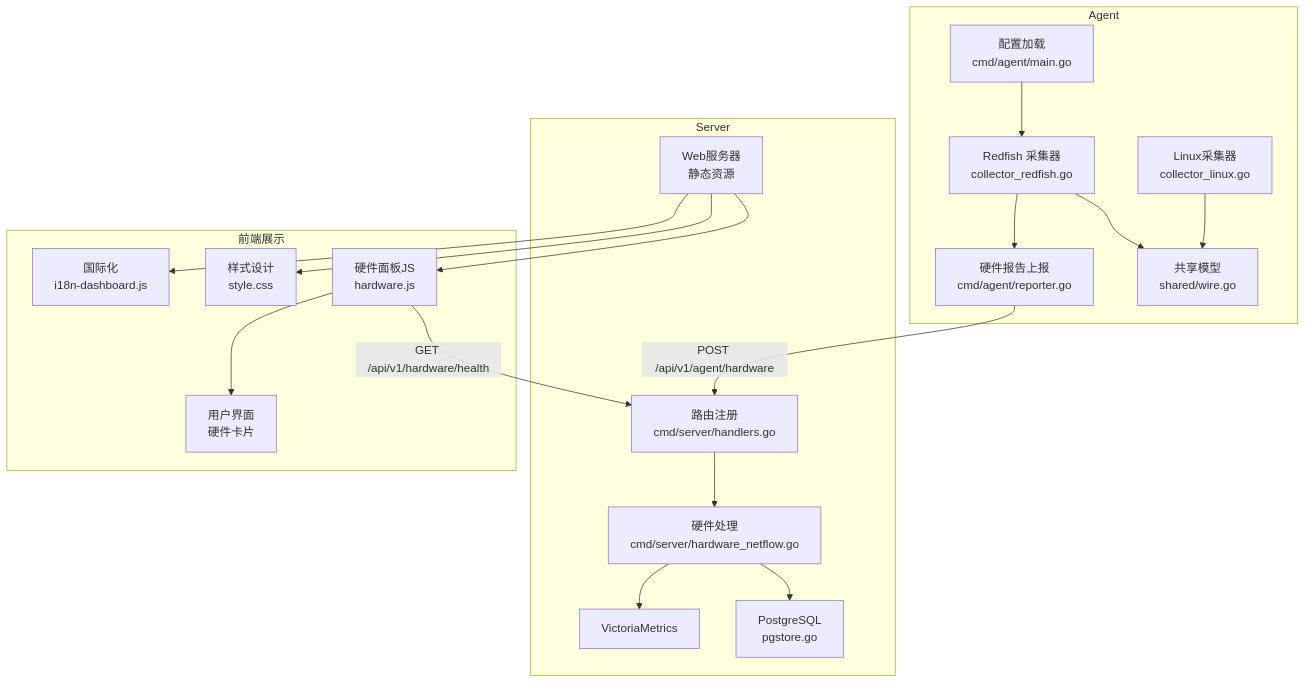
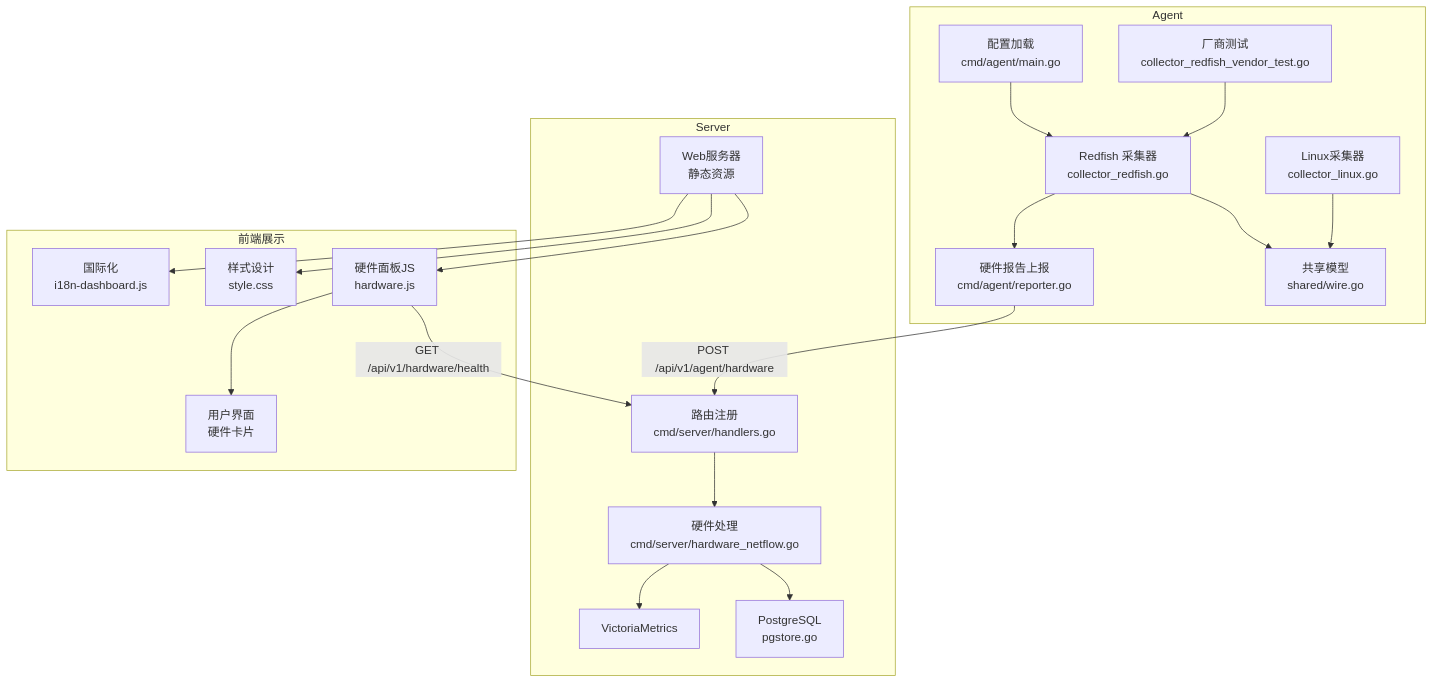
One commit to sreyun/aiops-monitor changed the first of 6 diagrams in .qoder/repowiki/zh/content/架构设计/Agent 客户端架构/Redfish硬件采集器.md. Above: the diagram before and after it, drawn with Mermaid. The commit also changed other lines of this file and 57 other files, not shown here.

First line of the commit message:
feat(v6.8.0): OceanStor存储采集器+硬件资产变更追溯+重复主机清理+Hermes硬件工具+flow_records分区改造

````diff
--- a/.qoder/repowiki/zh/content/架构设计/Agent 客户端架构/Redfish硬件采集器.md
+++ b/.qoder/repowiki/zh/content/架构设计/Agent 客户端架构/Redfish硬件采集器.md
@@ -64,36 +64,38 @@
 ```mermaid
 graph TB
 subgraph "Agent"
 RF["Redfish 采集器<br/>collector_redfish.go"]
 CFG["配置加载<br/>cmd/agent/main.go"]
 SHARED["共享模型<br/>shared/wire.go"]
 REP["硬件报告上报<br/>cmd/agent/reporter.go"]
 LINUX["Linux采集器<br/>collector_linux.go"]
+TEST["厂商测试<br/>collector_redfish_vendor_test.go"]
 end
 subgraph "Server"
 HND["路由注册<br/>cmd/server/handlers.go"]
 HW["硬件处理<br/>cmd/server/hardware_netflow.go"]
 PG["PostgreSQL<br/>pgstore.go"]
 VM["VictoriaMetrics"]
 WEB["Web服务器<br/>静态资源"]
 end
 subgraph "前端展示"
 JS["硬件面板JS<br/>hardware.js"]
 CSS["样式设计<br/>style.css"]
 I18N["国际化<br/>i18n-dashboard.js"]
 UI["用户界面<br/>硬件卡片"]
 end
 CFG --> RF
 RF --> SHARED
 RF --> REP
 REP --> |"POST /api/v1/agent/hardware"| HND
 HND --> HW
 HW --> PG
 HW --> VM
 WEB --> JS
 WEB --> CSS
 WEB --> I18N
 JS --> |"GET /api/v1/hardware/health"| HND
 JS --> UI
 LINUX --> SHARED
+TEST --> RF
 ```
````
